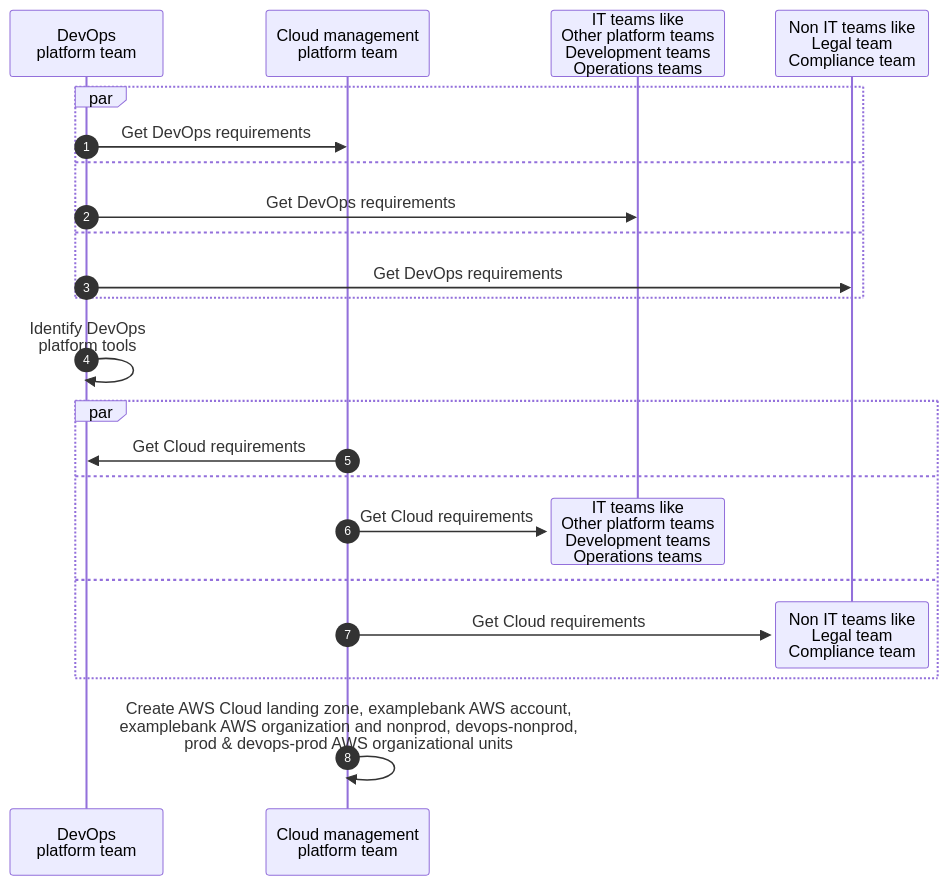
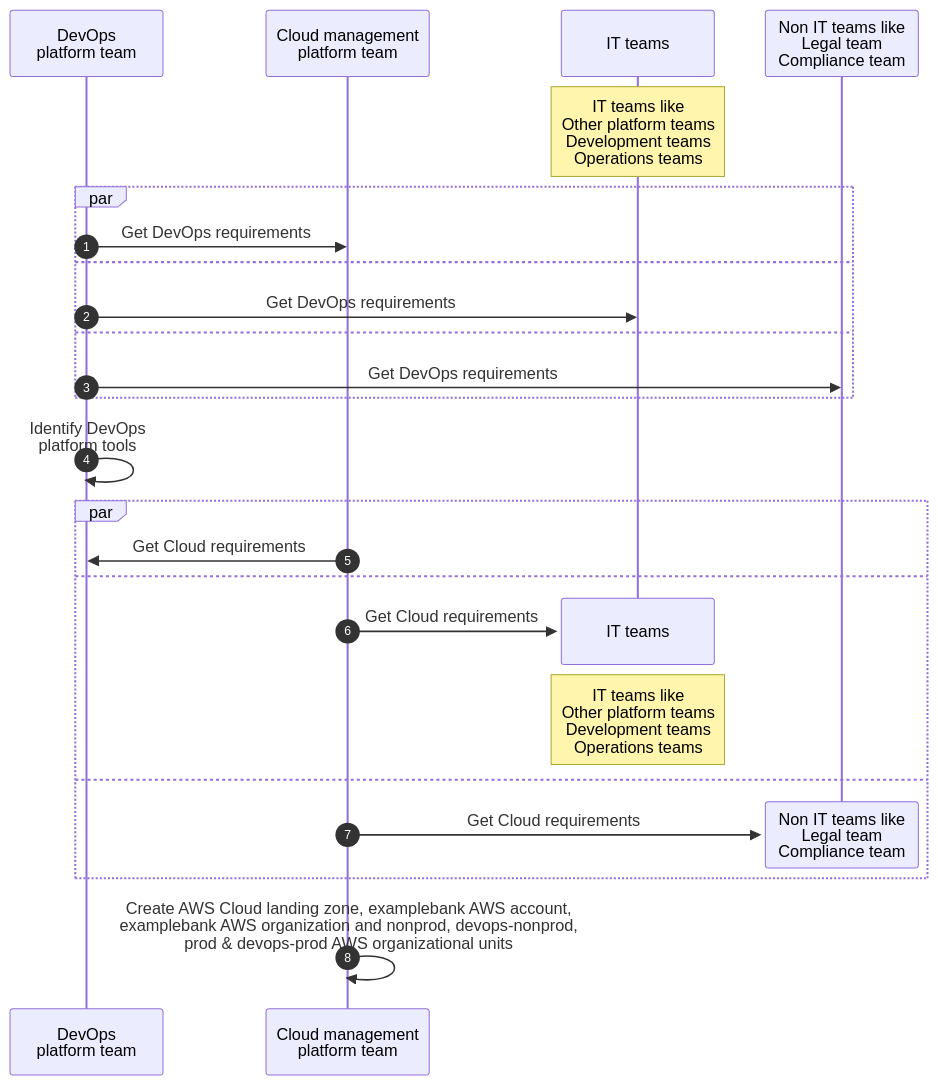
Before and after one commit to devopscodegen/architecture: the sixth of 9 diagrams in docs/pages/docs/design.md, drawn with Mermaid.

Commit message:
update design

````diff
--- a/docs/pages/docs/design.md
+++ b/docs/pages/docs/design.md
@@ -455,26 +455,28 @@
 ```mermaid
 sequenceDiagram
   autonumber
   participant devops_platform_team as DevOps<br>platform team
   participant cloud_management_platform_team as Cloud management<br>platform team
-  participant it_teams as IT teams like<br>Other platform teams<br>Development teams<br>Operations teams
+  participant it_teams as IT teams
   participant non_it_teams as Non IT teams like<br>Legal team<br>Compliance team
+  note over it_teams : IT teams like<br>Other platform teams<br>Development teams<br>Operations teams
   par
     devops_platform_team->>cloud_management_platform_team : Get DevOps requirements
   and
     devops_platform_team->>it_teams : Get DevOps requirements
   and
     devops_platform_team->>non_it_teams : Get DevOps requirements
   end
   devops_platform_team->>devops_platform_team : Identify DevOps<br>platform tools
   par
     cloud_management_platform_team->>devops_platform_team : Get Cloud requirements
   and
     destroy it_teams
     cloud_management_platform_team->>it_teams : Get Cloud requirements
+    note over it_teams : IT teams like<br>Other platform teams<br>Development teams<br>Operations teams
   and
     destroy non_it_teams
     cloud_management_platform_team->>non_it_teams : Get Cloud requirements
   end
   cloud_management_platform_team->>cloud_management_platform_team : Create AWS Cloud landing zone, examplebank AWS account,<br>  examplebank AWS organization and nonprod, devops-nonprod, <br>prod & devops-prod AWS organizational units
 ```
````
